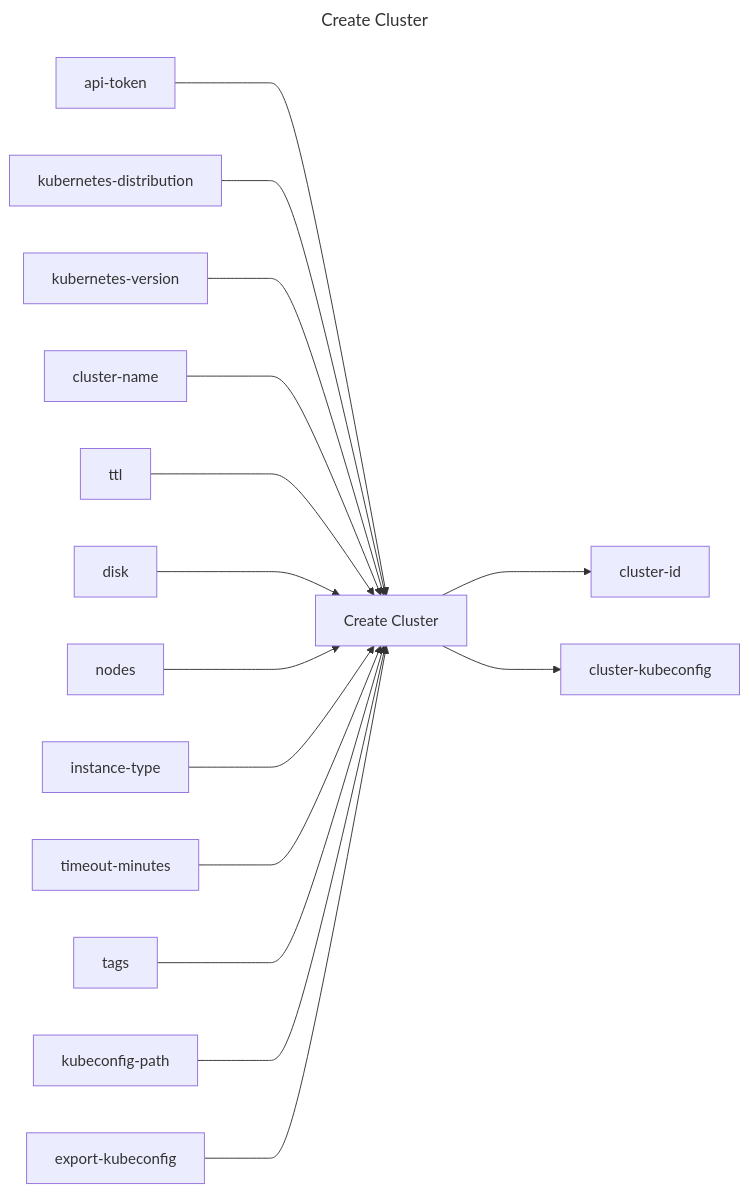
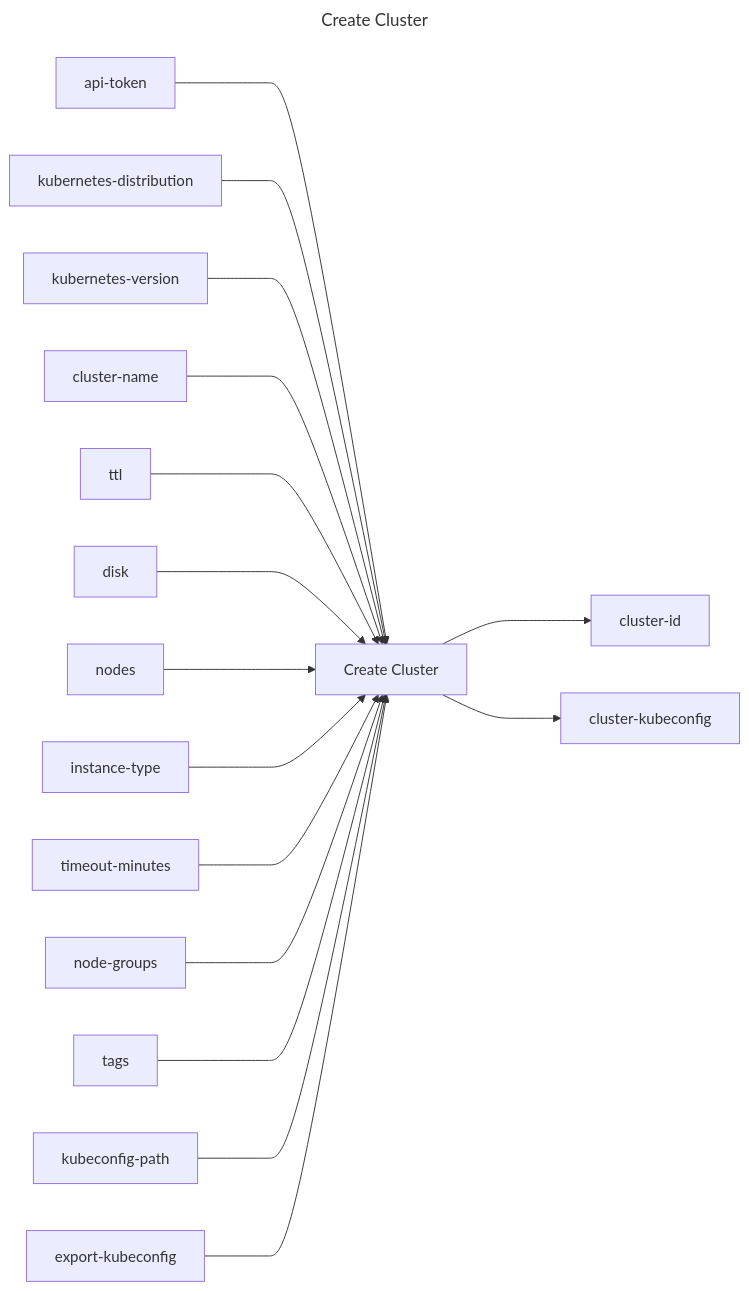
One commit to replicatedhq/replicated-actions changed the diagram in create-cluster/README.md. Above: the diagram before and after it, drawn with Mermaid. The commit also changed other lines of this file and 15 other files, not shown here.

Commit message:
wip: create cluster with nodegroups

````diff
--- a/create-cluster/README.md
+++ b/create-cluster/README.md
@@ -3,35 +3,37 @@
 ```mermaid
 ---
 title: Create Cluster
 ---
 graph LR
 create_cluster["Create Cluster"]
 api_token["api-token"]
 kubernetes_distribution["kubernetes-distribution"]
 kubernetes_version["kubernetes-version"]
 cluster_name["cluster-name"]
 ttl["ttl"]
 disk["disk"]
 nodes["nodes"]
 instance_type["instance-type"]
 timeout_minutes["timeout-minutes"]
+node_groups["node-groups"]
 tags["tags"]
 kubeconfig_path["kubeconfig-path"]
 export_kubeconfig["export-kubeconfig"]
 cluster_id["cluster-id"]
 cluster_kubeconfig["cluster-kubeconfig"]
 api_token ---> create_cluster
 kubernetes_distribution ---> create_cluster
 kubernetes_version ---> create_cluster
 cluster_name ---> create_cluster
 ttl ---> create_cluster
 disk ---> create_cluster
 nodes ---> create_cluster
 instance_type ---> create_cluster
 timeout_minutes ---> create_cluster
+node_groups ---> create_cluster
 tags ---> create_cluster
 kubeconfig_path ---> create_cluster
 export_kubeconfig ---> create_cluster
 create_cluster ---> cluster_id
 create_cluster ---> cluster_kubeconfig
 ```
````
